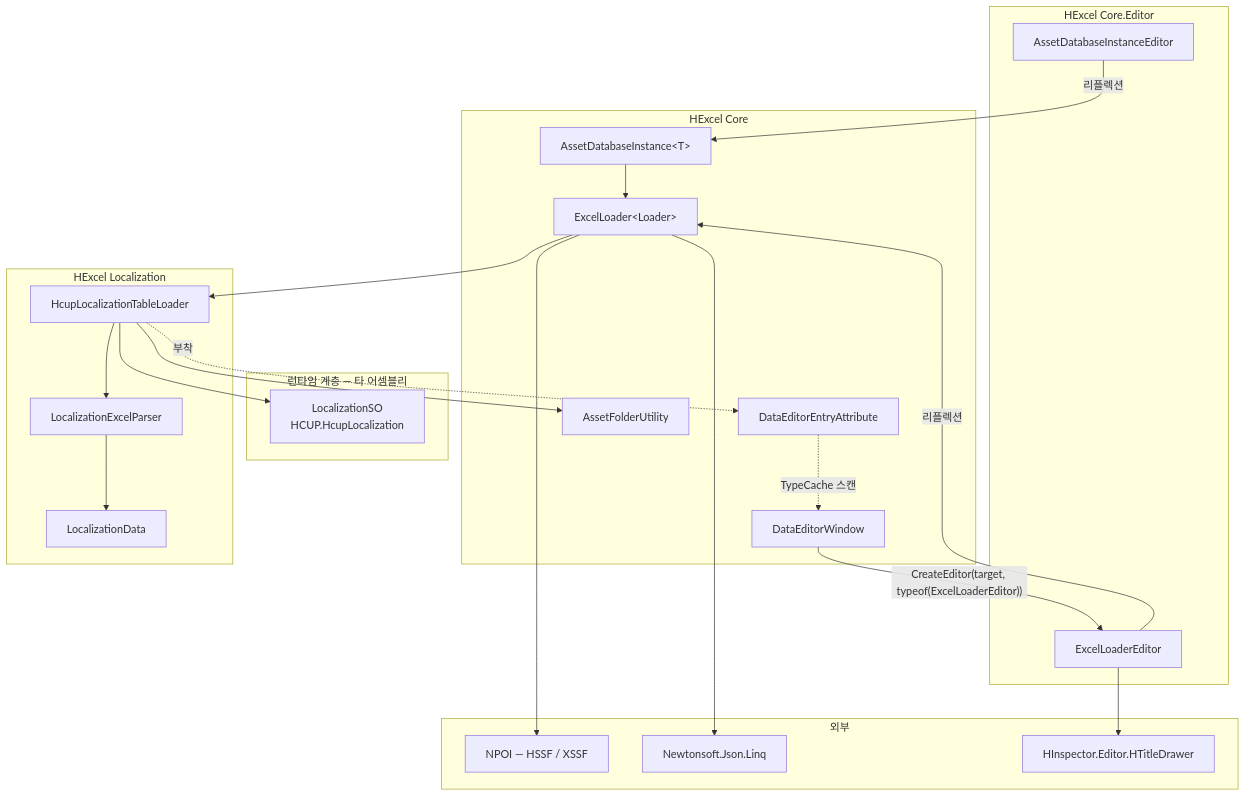
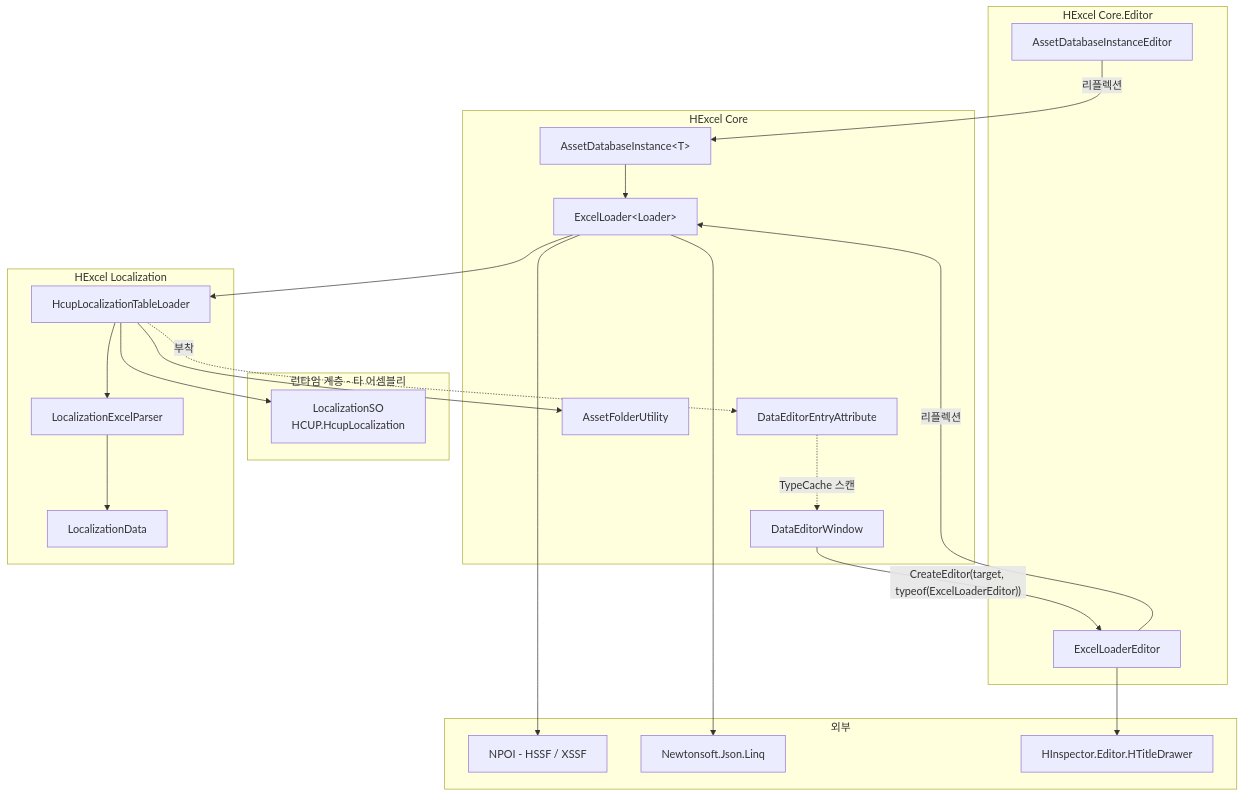
One commit to HoHong123/HCUP-Unity changed the first of 3 diagrams in HExcel/Editor/README.md. Above: the diagram before and after it, drawn with Mermaid. The commit also changed other lines of this file, not shown here.

````diff
--- a/HExcel/Editor/README.md
+++ b/HExcel/Editor/README.md
@@ -62,46 +60,46 @@
 ```mermaid
 flowchart TD
-    subgraph Runtime["런타임 계층 — 타 어셈블리"]
+    subgraph Runtime["런타임 계층 - 타 어셈블리"]
     SO["LocalizationSO<br/>HCUP.HcupLocalization"]
     end
 
     subgraph Core["HExcel Core"]
     ADI["AssetDatabaseInstance&lt;T&gt;"]
     EL["ExcelLoader&lt;Loader&gt;"]
     DEW["DataEditorWindow"]
     ATTR["DataEditorEntryAttribute"]
     AFU["AssetFolderUtility"]
     end
 
     subgraph CoreEd["HExcel Core.Editor"]
     ADIE["AssetDatabaseInstanceEditor"]
     ELE["ExcelLoaderEditor"]
     end
 
     subgraph Loc["HExcel Localization"]
     HLTL["HcupLocalizationTableLoader"]
     LEP["LocalizationExcelParser"]
     LD["LocalizationData"]
     end
 
     subgraph Ext["외부"]
-    NPOI["NPOI — HSSF / XSSF"]
+    NPOI["NPOI - HSSF / XSSF"]
     NJ["Newtonsoft.Json.Linq"]
     HT["HInspector.Editor.HTitleDrawer"]
     end
 
     ADI --> EL
     EL --> HLTL
     ATTR -.->|"TypeCache 스캔"| DEW
     HLTL -.->|"부착"| ATTR
     DEW -->|"CreateEditor(target, typeof(ExcelLoaderEditor))"| ELE
     ELE -->|"리플렉션"| EL
     ADIE -->|"리플렉션"| ADI
     ELE --> HT
     EL --> NPOI
     EL --> NJ
     HLTL --> LEP
     LEP --> LD
     HLTL --> AFU
     HLTL --> SO
 ```
````
